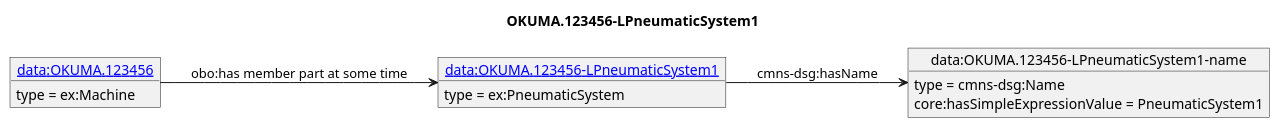
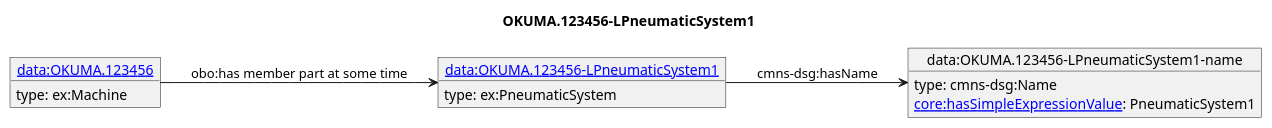
The diagram in diagrams/OKUMA.123456-LPneumaticSystem1.puml (iofoundry/example-syseng-mtconnect), drawn with PlantUML before and after one commit. The commit also changed 143 other files, not shown here.

Commit message:
Added links for core ontology

```diff
--- a/diagrams/OKUMA.123456-LPneumaticSystem1.puml
+++ b/diagrams/OKUMA.123456-LPneumaticSystem1.puml
@@ -1,17 +1,17 @@
 @startuml
 skinparam linetype polyline
 left to right direction
 title OKUMA.123456-LPneumaticSystem1
 object "[[./OKUMA.123456-LPneumaticSystem1.html data:OKUMA.123456-LPneumaticSystem1]]" as o1 {
- type = ex:PneumaticSystem
- }
+ type: ex:PneumaticSystem 
+}
 object "data:OKUMA.123456-LPneumaticSystem1-name" as o2 {
- type = cmns-dsg:Name
- }
+ type: cmns-dsg:Name 
+}
 object "[[./OKUMA.123456.html data:OKUMA.123456]]" as o3 {
- type = ex:Machine
- }
+ type: ex:Machine 
+}
 o1 --> o2 : cmns-dsg:hasName
-o2 : core:hasSimpleExpressionValue = PneumaticSystem1
+o2 : [[https://spec.industrialontologies.org/ontology/core/Core/hasSimpleExpressionValue core:hasSimpleExpressionValue]]: PneumaticSystem1
 o3 --> o1 : obo:has member part at some time
 @enduml
```
